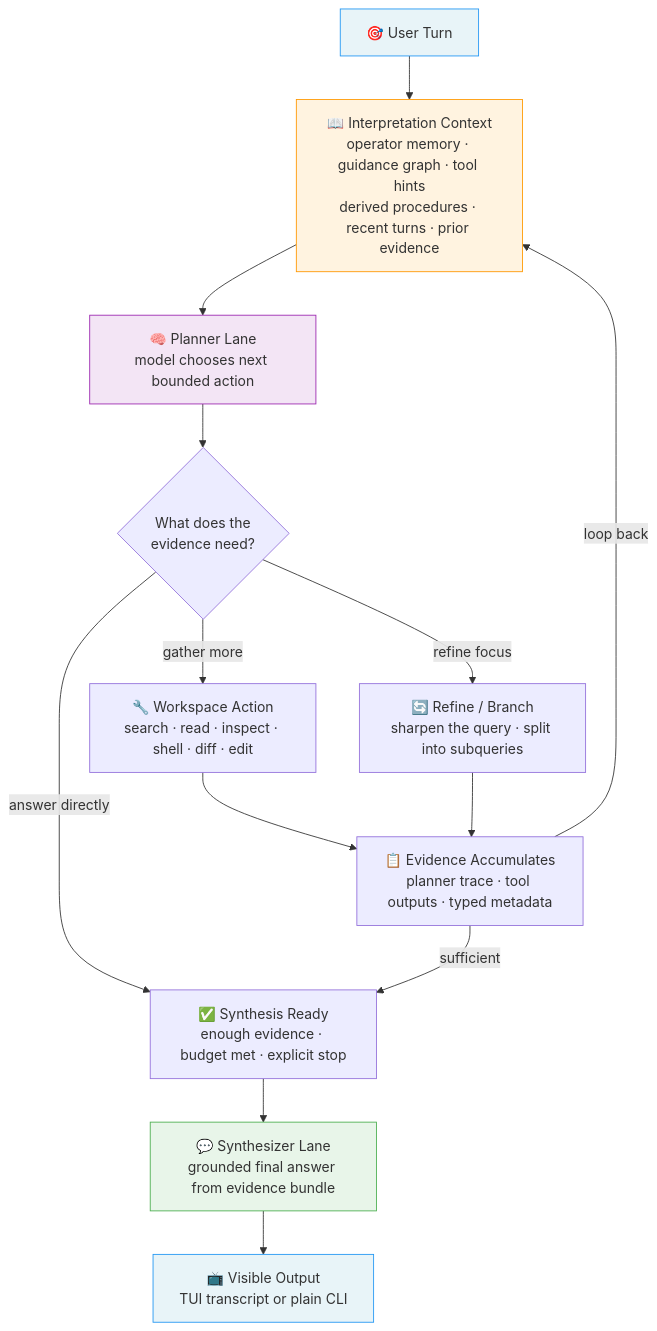
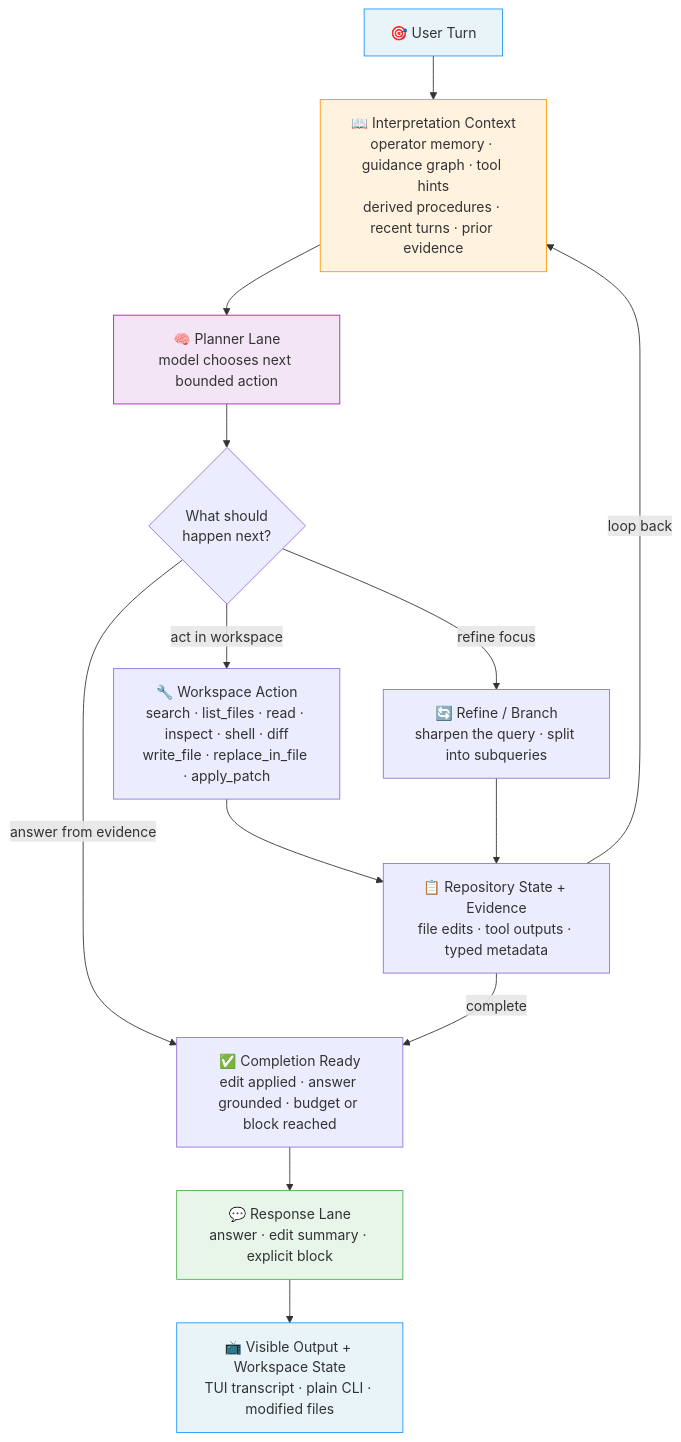
The first of 6 diagrams in README.md (spoke-sh/paddles), drawn with Mermaid before and after one commit. The commit also changed other lines of this file, not shown here.

````diff
--- a/README.md
+++ b/README.md
@@ -25,27 +25,27 @@
 ```mermaid
 flowchart TD
     U["🎯 User Turn"]
     I["📖 Interpretation Context<br/>operator memory · guidance graph · tool hints<br/>derived procedures · recent turns · prior evidence"]
     P["🧠 Planner Lane<br/>model chooses next bounded action"]
-    D{"What does the<br/>evidence need?"}
-    W["🔧 Workspace Action<br/>search · read · inspect · shell · diff · edit"]
+    D{"What should<br/>happen next?"}
+    W["🔧 Workspace Action<br/>search · list_files · read · inspect · shell · diff<br/>write_file · replace_in_file · apply_patch"]
     R["🔄 Refine / Branch<br/>sharpen the query · split into subqueries"]
-    E["📋 Evidence Accumulates<br/>planner trace · tool outputs · typed metadata"]
-    T["✅ Synthesis Ready<br/>enough evidence · budget met · explicit stop"]
-    S["💬 Synthesizer Lane<br/>grounded final answer from evidence bundle"]
-    O["📺 Visible Output<br/>TUI transcript or plain CLI"]
+    E["📋 Repository State + Evidence<br/>file edits · tool outputs · typed metadata"]
+    T["✅ Completion Ready<br/>edit applied · answer grounded · budget or block reached"]
+    S["💬 Response Lane<br/>answer · edit summary · explicit block"]
+    O["📺 Visible Output + Workspace State<br/>TUI transcript · plain CLI · modified files"]
 
     U --> I --> P --> D
-    D -->|"answer directly"| T
-    D -->|"gather more"| W --> E
+    D -->|"answer from evidence"| T
+    D -->|"act in workspace"| W --> E
     D -->|"refine focus"| R --> E
     E -->|"loop back"| I
-    E -->|"sufficient"| T
+    E -->|"complete"| T
     T --> S --> O
 
     style U fill:#e8f4f8,stroke:#2196F3
     style I fill:#fff3e0,stroke:#FF9800
     style P fill:#f3e5f5,stroke:#9C27B0
     style S fill:#e8f5e9,stroke:#4CAF50
     style O fill:#e8f4f8,stroke:#2196F3
 ```
````
